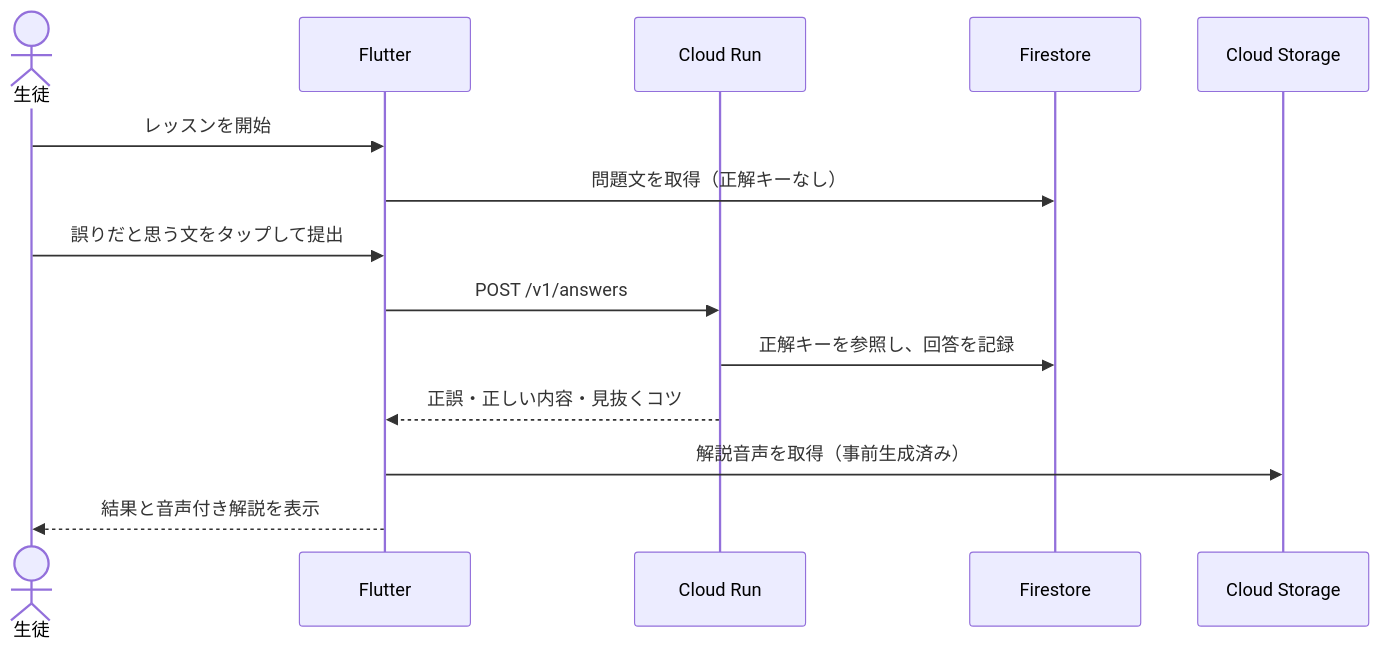
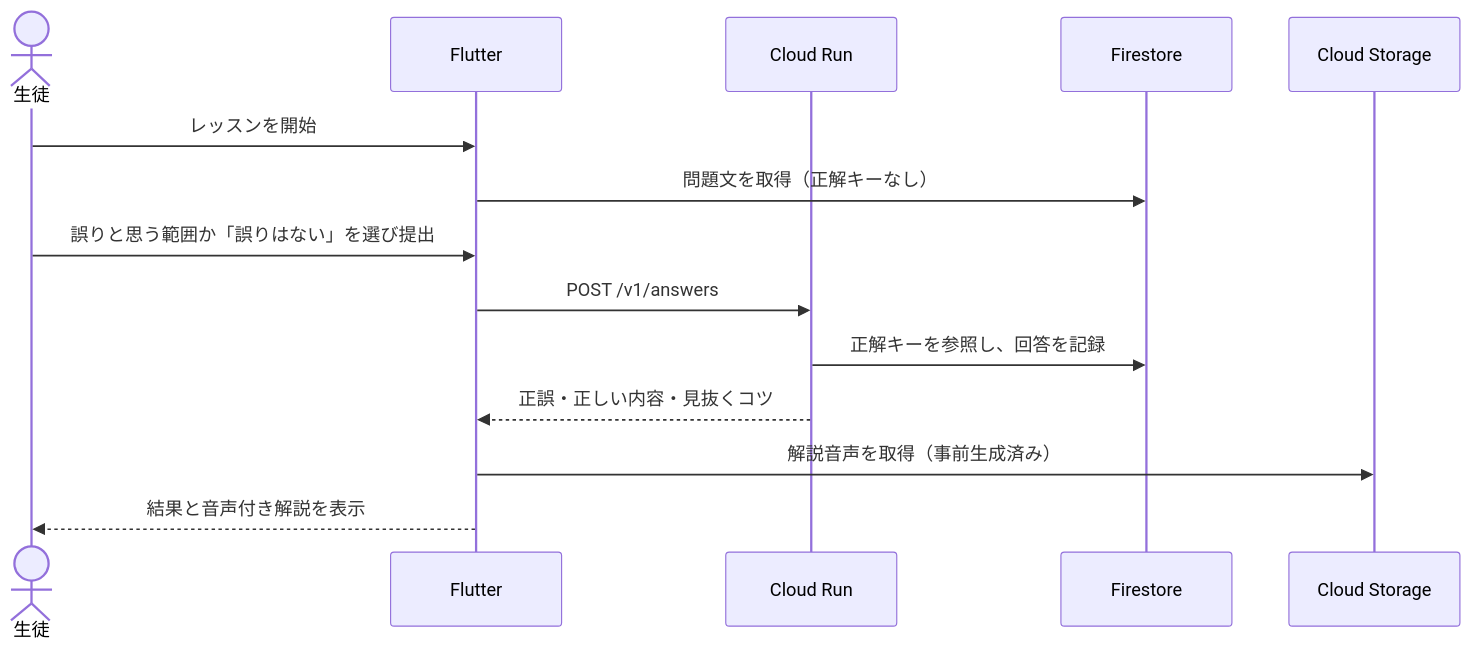
One commit to Devfest-Hackathon-2026/df-2026-t134 changed the second of 3 diagrams in docs/REQUIREMENTS.md. Above: the diagram before and after it, drawn with Mermaid. The commit also changed other lines of this file and 58 other files, not shown here.

````diff
--- a/docs/REQUIREMENTS.md
+++ b/docs/REQUIREMENTS.md
@@ -323,16 +323,16 @@
 ```mermaid
 sequenceDiagram
   actor S as 生徒
   participant A as Flutter
   participant R as Cloud Run
   participant F as Firestore
   participant G as Cloud Storage
   S->>A: レッスンを開始
   A->>F: 問題文を取得（正解キーなし）
-  S->>A: 誤りだと思う文をタップして提出
+  S->>A: 誤りと思う範囲か「誤りはない」を選び提出
   A->>R: POST /v1/answers
   R->>F: 正解キーを参照し、回答を記録
   R-->>A: 正誤・正しい内容・見抜くコツ
   A->>G: 解説音声を取得（事前生成済み）
   A-->>S: 結果と音声付き解説を表示
 ```
````
